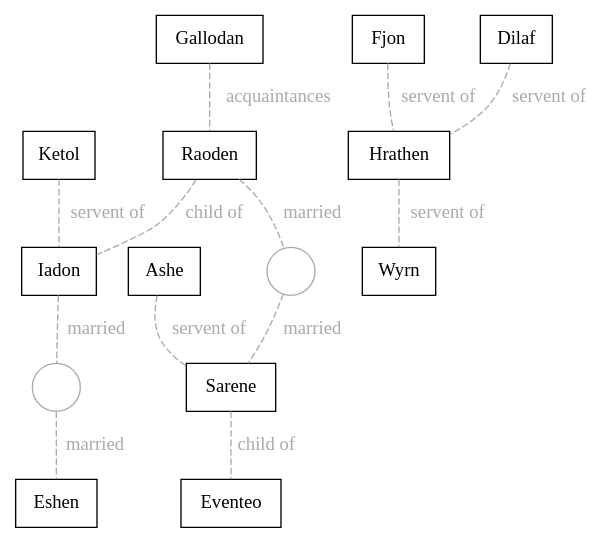
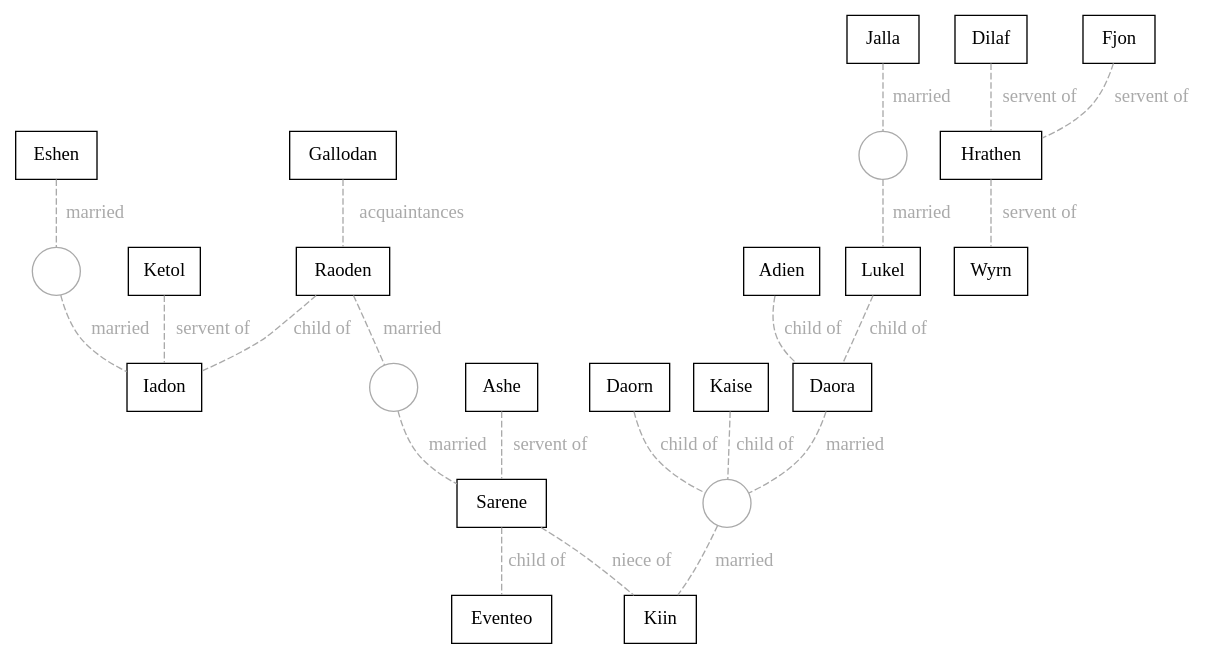
The diagram in tech/networkVisualizer/dot/elantris.dot (christopherball/christopherball.github.io), drawn with Graphviz before and after one commit. The commit also changed other lines of this file, not shown here.

Commit message:
Updating Elantris dot.

```diff
--- a/tech/networkVisualizer/dot/elantris.dot
+++ b/tech/networkVisualizer/dot/elantris.dot
@@ -1,76 +1,87 @@
 digraph {
   // Global properties
   edge [dir=none, color="#AAAAAA", arrowhead="none"]
   compound=true
 
   // Characters
   subgraph Males {
     node [color="black", fillcolor="lightblue", shape="box"]
-    Raoden
+    Adien
+    Ashe
+    Daorn
+    Dilaf
+    Eventeo
+    Fjon
     Gallodan
-    Eventeo
-    Ashe
-    Fjon
+    Hrathen
     Iadon
     Ketol
-    Dilaf
-    Hrathen
+    Kiin
+    Lukel
+    Raoden
     Wyrn
   }
   subgraph Females {
     node [color="black", fillcolor="pink", shape="box"]
+    Daora
+    Eshen
+    Jalla
+    Kaise
     Sarene
-    Eshen
   }
 
   // Married
   edge [label="married", dir=none, color="#AAAAAA", arrowhead="none", style="dashed", fontcolor="#AAAAAA"]
   node [color="#AAAAAA", fillcolor="transparent" shape="circle" label=""]
-  Iadon -> mar1 -> Eshen
-  Raoden -> mar2 -> Sarene
+  Eshen -> mar_Eshen_Iadon -> Iadon
+  Raoden -> mar_Raoden_Sarene -> Sarene
+  Daora -> mar_Daora_Kiin -> Kiin
+  Jalla -> mar_Jalla_Lukel -> Lukel
 
   // Lovers
   edge [label="lovers", dir=none, color="#AAAAAA", arrowhead="none", style="dashed", fontcolor="#AAAAAA"]
   node [color="#AAAAAA", fillcolor="transparent" shape="circle" label=""]
 
-
   // Cousins
   edge [label="cousins", dir=none, color="#AAAAAA", arrowhead="none", fontcolor="#AAAAAA"]
-
 
   // Friends
   edge [label="friends", dir=none, color="#AAAAAA", arrowhead="none", fontcolor="#AAAAAA"]
 
-
   // Frenemies
   edge [label="frenemies", dir=none, color="#AAAAAA", arrowhead="none", fontcolor="#AAAAAA"]
-
 
   // Acquaintances
   edge [label="acquaintances", dir=none, color="#AAAAAA", arrowhead="none", fontcolor="#AAAAAA"]
   Gallodan -> Raoden
 
   // Child Of
   edge [label="child of", dir=forward, color="#AAAAAA", arrowhead="none", fontcolor="#AAAAAA"]
   Sarene -> Eventeo
   Raoden -> Iadon
+  Kaise -> mar_Daora_Kiin
+  Daorn -> mar_Daora_Kiin
+  Lukel -> Daora
+  Adien -> Daora
 
   // Foster Child Of
   edge [label="foster child of", dir=forward, color="#AAAAAA", arrowhead="none", fontcolor="#AAAAAA"]
 
-
   // Lieutenant Of
   edge [label="lieutenant of", dir=forward, color="#AAAAAA", arrowhead="none", fontcolor="#AAAAAA"]
-
 
   // Servent Of
   edge [label="servent of", dir=forward, color="#AAAAAA", arrowhead="none", fontcolor="#AAAAAA"]
   Ketol -> Iadon
   Ashe -> Sarene
   Dilaf -> Hrathen
   Fjon -> Hrathen
   Hrathen -> Wyrn
 
   // Nephew Of
   edge [label="nephew of", dir=forward, color="#AAAAAA", arrowhead="none", fontcolor="#AAAAAA"]
+
+  // Niece Of
+  edge [label="niece of", dir=forward, color="#AAAAAA", arrowhead="none", fontcolor="#AAAAAA"]
+  Sarene -> Kiin
 }
```
